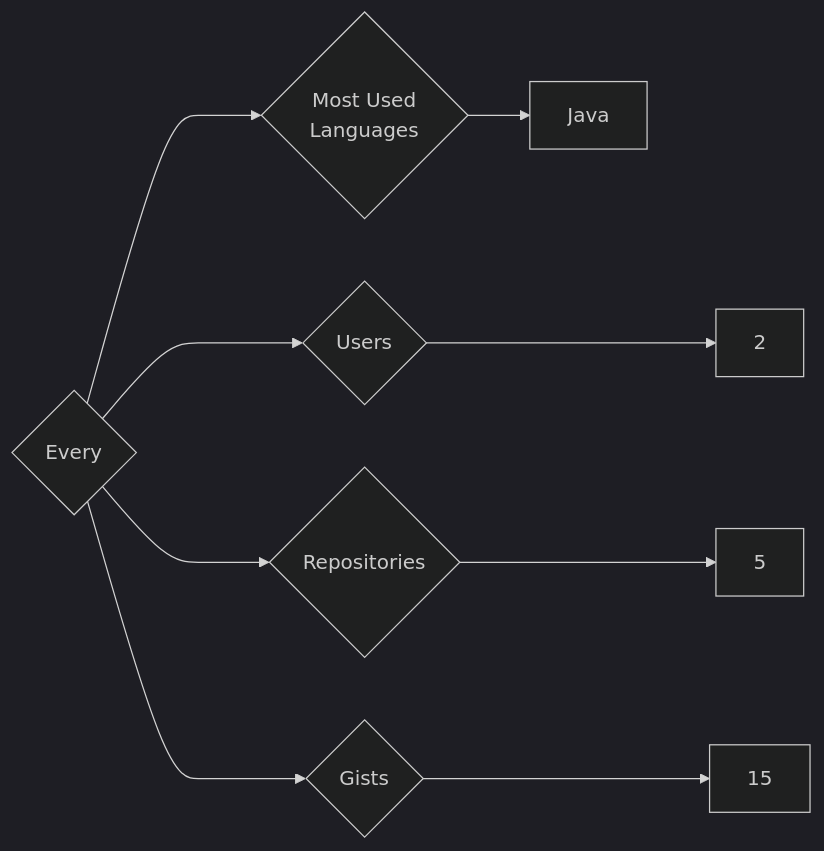
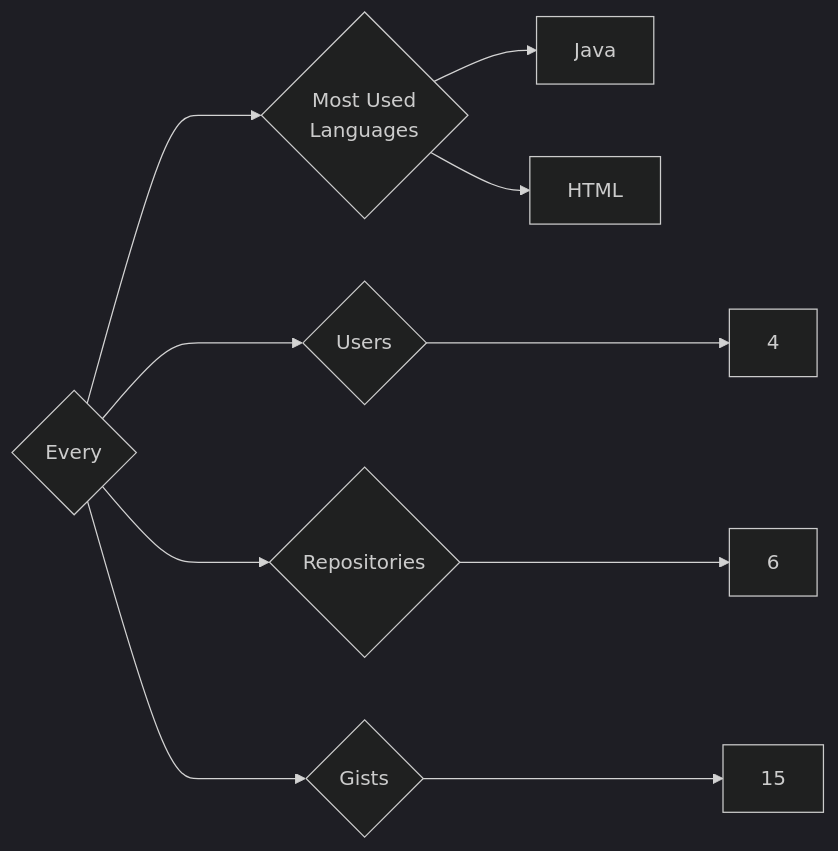
Before and after one commit to trickest/insiders: the diagram in targets/Every/README.md, drawn with Mermaid (dark theme). The commit also changed 752 other files, not shown here.

````diff
--- a/targets/Every/README.md
+++ b/targets/Every/README.md
@@ -3,9 +3,10 @@
 ```mermaid
 graph LR
 COMPANY_NAME{Every}
-COMPANY_NAME ---> U{Users} ---> UN[2]
-COMPANY_NAME ---> R{Repositories} ---> RN[5]
+COMPANY_NAME ---> U{Users} ---> UN[4]
+COMPANY_NAME ---> R{Repositories} ---> RN[6]
 COMPANY_NAME ---> G{Gists} ---> GN[15]
 COMPANY_NAME ---> ML{Most Used<br>Languages}
 ML --> Java[Java]
+ML --> HTML[HTML]
 ```
````
